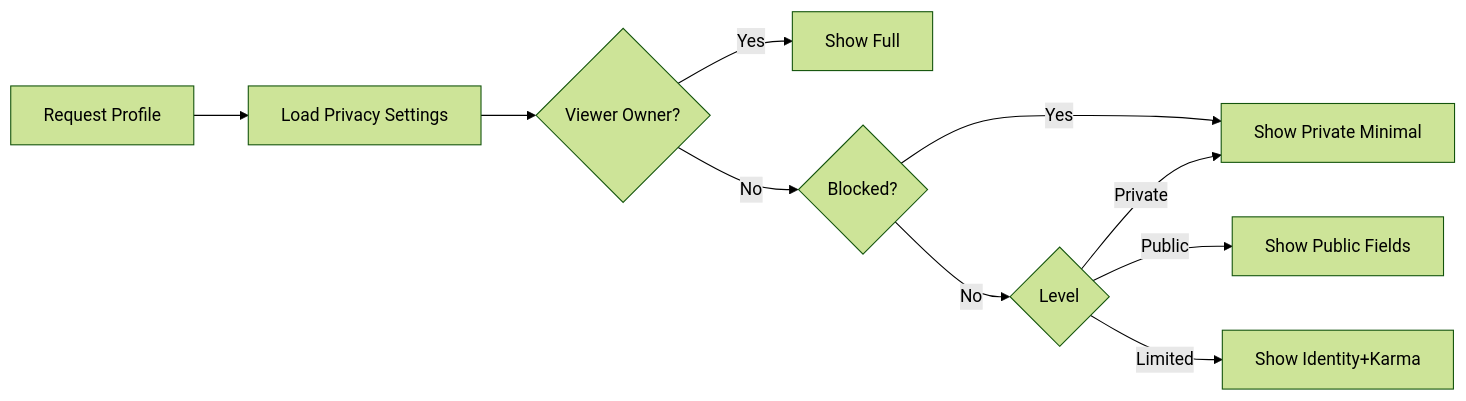
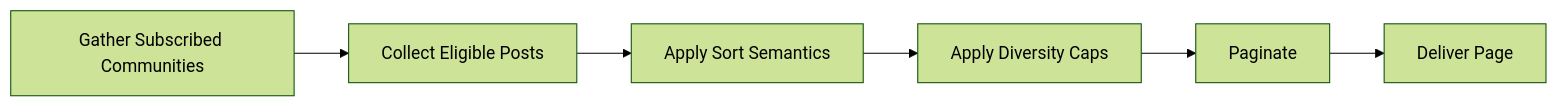
One commit to wrtnlabs/autobe-examples changed the sixth of 7 diagrams in openai/gpt-5/reddit/docs/analysis/02-communityPlatform-business-model.md. Above: the diagram before and after it, drawn with Mermaid (forest theme). The commit also changed other lines of this file and 16146 other files, not shown here.

````diff
--- a/openai/gpt-5/reddit/docs/analysis/02-communityPlatform-business-model.md
+++ b/openai/gpt-5/reddit/docs/analysis/02-communityPlatform-business-model.md
@@ -254,12 +171,8 @@
 ```mermaid
 graph LR
-  A["Request Profile"] --> B["Load Privacy Settings"]
-  B --> C{"Viewer Owner?"}
-  C -->|"Yes"| D["Show Full"]
-  C -->|"No"| E{"Blocked?"}
-  E -->|"Yes"| F["Show Private Minimal"]
-  E -->|"No"| G{"Level"}
-  G -->|"Public"| H["Show Public Fields"]
-  G -->|"Limited"| I["Show Identity+Karma"]
-  G -->|"Private"| F
+  A["Gather Subscribed Communities"] --> B["Collect Eligible Posts"]
+  B --> C["Apply Sort Semantics"]
+  C --> D["Apply Diversity Caps"]
+  D --> E["Paginate"]
+  E --> F["Deliver Page"]
 ```
````
